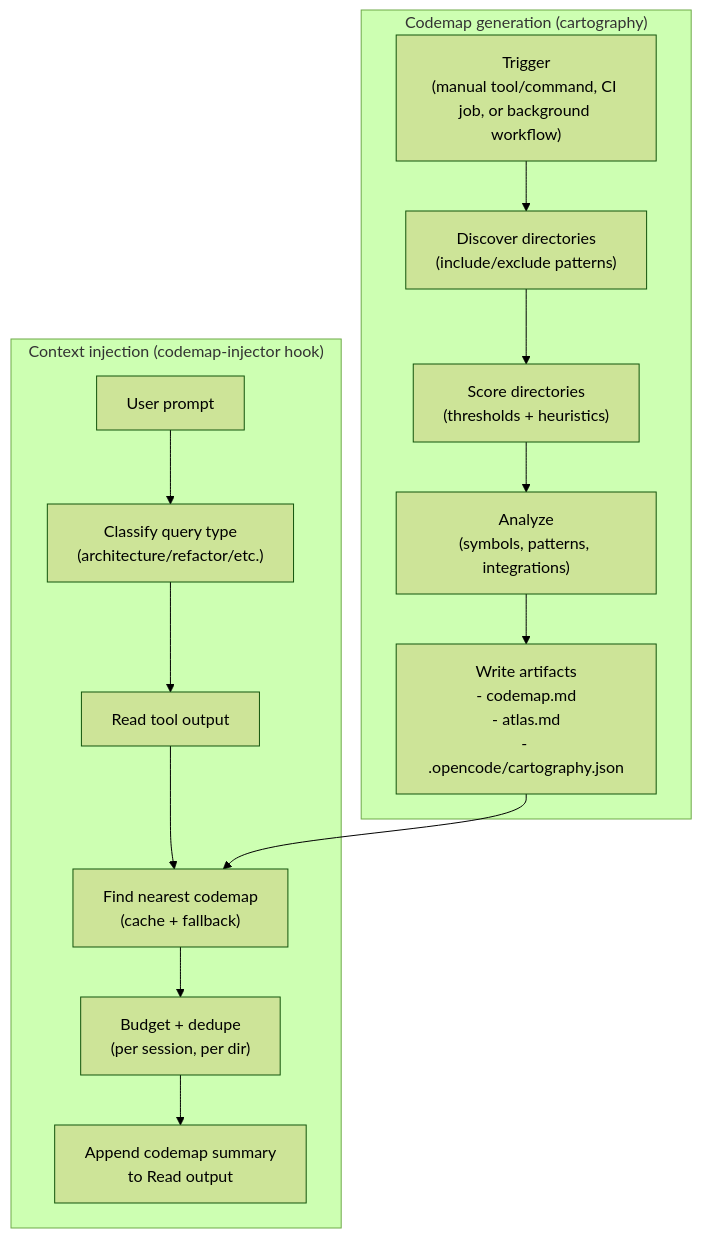
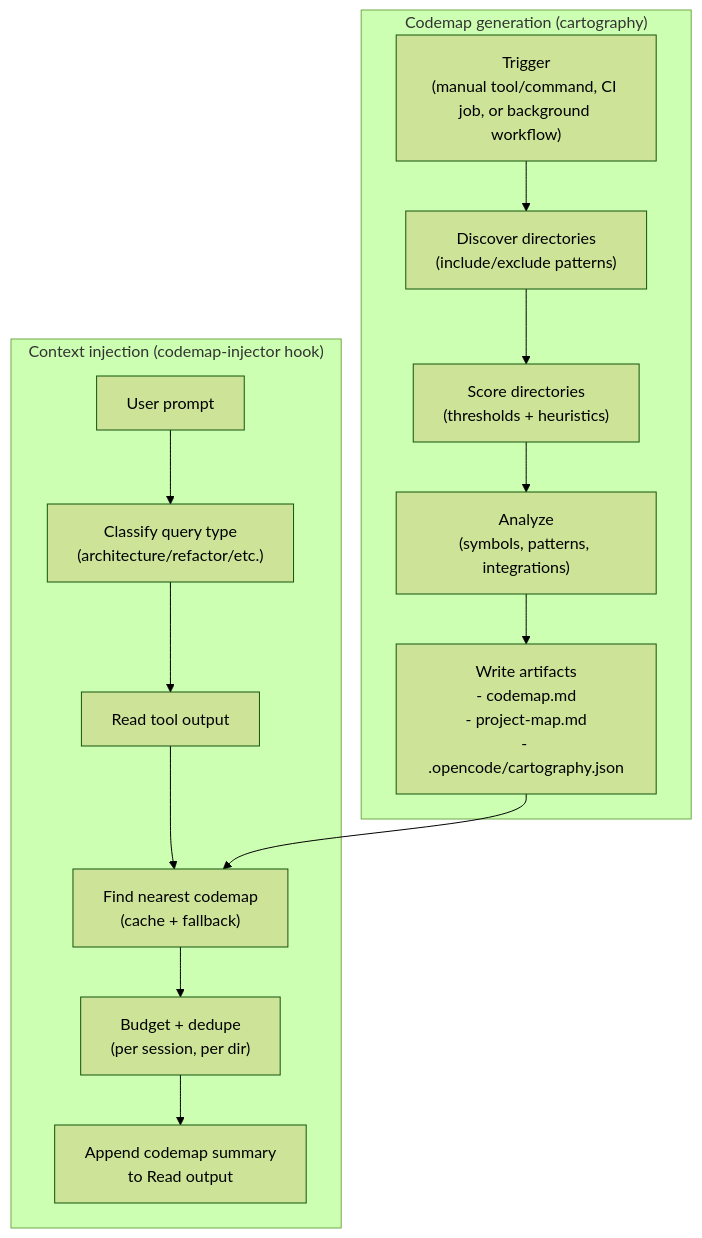
One commit to arcthur/oh-my-opencode changed the diagram in docs/research/cartography.md. Above: the diagram before and after it, drawn with Mermaid (forest theme). The commit also changed other lines of this file and 100 other files, not shown here.

````diff
--- a/docs/research/cartography.md
+++ b/docs/research/cartography.md
@@ -28,22 +28,22 @@
 ```mermaid
 flowchart TD
   subgraph Gen["Codemap generation (cartography)"]
     TRIG["Trigger\n(manual tool/command, CI job, or background workflow)"]
     DISC["Discover directories\n(include/exclude patterns)"]
     SCORE["Score directories\n(thresholds + heuristics)"]
     ANALYZE["Analyze\n(symbols, patterns, integrations)"]
-    WRITE["Write artifacts\n- codemap.md\n- atlas.md\n- .opencode/cartography.json"]
+    WRITE["Write artifacts\n- codemap.md\n- project-map.md\n- .opencode/cartography.json"]
     TRIG --> DISC --> SCORE --> ANALYZE --> WRITE
   end
 
   subgraph Inj["Context injection (codemap-injector hook)"]
     Q["User prompt"] --> CLF["Classify query type\n(architecture/refactor/etc.)"]
     READ["Read tool output"] --> FIND["Find nearest codemap\n(cache + fallback)"]
     BUDGET["Budget + dedupe\n(per session, per dir)"]
     APPEND["Append codemap summary\nto Read output"]
     CLF --> READ
     FIND --> BUDGET --> APPEND
   end
 
   WRITE --> FIND
 ```
````
